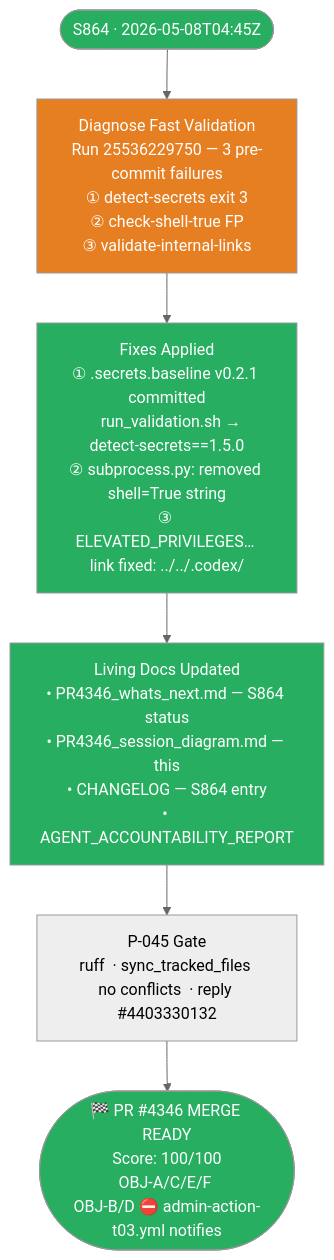
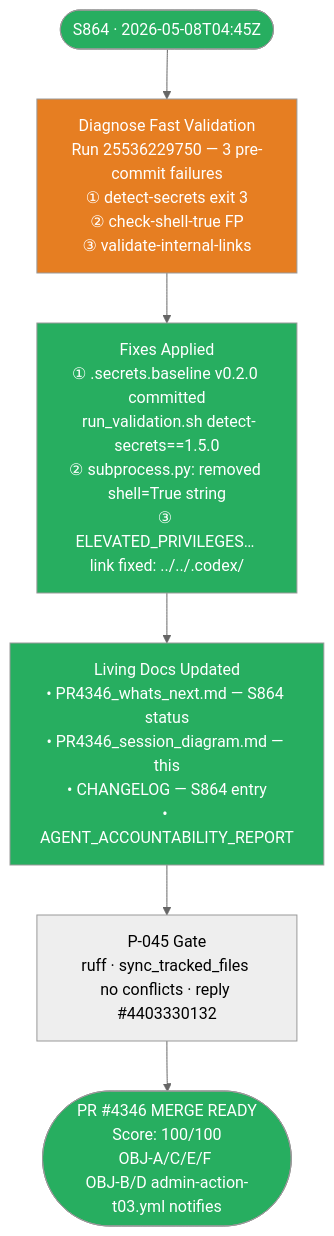
One commit to Aries-Serpent/_codex_ changed the first of 26 diagrams in docs/sessions/PR4346_session_diagram.md. Above: the diagram before and after it, drawn with Mermaid (neutral theme). The commit also changed other lines of this file and 4117 other files, not shown here.

````diff
--- a/docs/sessions/PR4346_session_diagram.md
+++ b/docs/sessions/PR4346_session_diagram.md
@@ -14,21 +14,23 @@
 ```mermaid
 %%{init: {'accessibility': {'title': 'Flowchart showing " S864 · 2026-05-08T04:45Z", " Diagnose Fast Validation\nRun 25536229750 — 3 pre-commit failures\n① detect-secrets exit 3\n② check-shell-true FP\n③ validate-internal-links"'}}%%
+
 flowchart TD
-    START([" S864 · 2026-05-08T04:45Z"]) --> DIAG
 
-    DIAG[" Diagnose Fast Validation\nRun 25536229750 — 3 pre-commit failures\n① detect-secrets exit 3\n② check-shell-true FP\n③ validate-internal-links"] --> FIX
+ START([" S864 · 2026-05-08T04:45Z"]) --> DIAG
 
-    FIX[" Fixes Applied\n① .secrets.baseline v0.2.1 committed\n   run_validation.sh → detect-secrets==1.5.0\n② subprocess.py: removed shell=True string\n③ ELEVATED_PRIVILEGES… link fixed: ../../.codex/"] --> DOCS
+ DIAG[" Diagnose Fast Validation\nRun 25536229750 — 3 pre-commit failures\n① detect-secrets exit 3\n② check-shell-true FP\n③ validate-internal-links"] --> FIX
 
-    DOCS[" Living Docs Updated\n• PR4346_whats_next.md — S864 status\n• PR4346_session_diagram.md — this\n• CHANGELOG — S864 entry\n• AGENT_ACCOUNTABILITY_REPORT"] --> GATE
+ FIX[" Fixes Applied\n① .secrets.baseline v0.2.0 committed\n run_validation.sh detect-secrets==1.5.0\n② subprocess.py: removed shell=True string\n③ ELEVATED_PRIVILEGES… link fixed: ../../.codex/"] --> DOCS
 
-    GATE[" P-045 Gate\nruff  · sync_tracked_files \nno conflicts  · reply #4403330132"] --> END
+ DOCS[" Living Docs Updated\n• PR4346_whats_next.md — S864 status\n• PR4346_session_diagram.md — this\n• CHANGELOG — S864 entry\n• AGENT_ACCOUNTABILITY_REPORT"] --> GATE
 
-    END(["🏁 PR #4346 MERGE READY\nScore: 100/100\nOBJ-A/C/E/F \nOBJ-B/D ⛔ admin-action-t03.yml notifies"])
+ GATE[" P-045 Gate\nruff · sync_tracked_files \nno conflicts · reply #4403330132"] --> END
 
-    style START fill:#27ae60,color:#fff
-    style END fill:#27ae60,color:#fff
-    style DIAG fill:#e67e22,color:#fff
-    style FIX fill:#27ae60,color:#fff
-    style DOCS fill:#27ae60,color:#fff
+ END([" PR #4346 MERGE READY\nScore: 100/100\nOBJ-A/C/E/F \nOBJ-B/D admin-action-t03.yml notifies"])
+
+ style START fill:#27ae60,color:#fff
+ style END fill:#27ae60,color:#fff
+ style DIAG fill:#e67e22,color:#fff
+ style FIX fill:#27ae60,color:#fff
+ style DOCS fill:#27ae60,color:#fff
 ```
````
